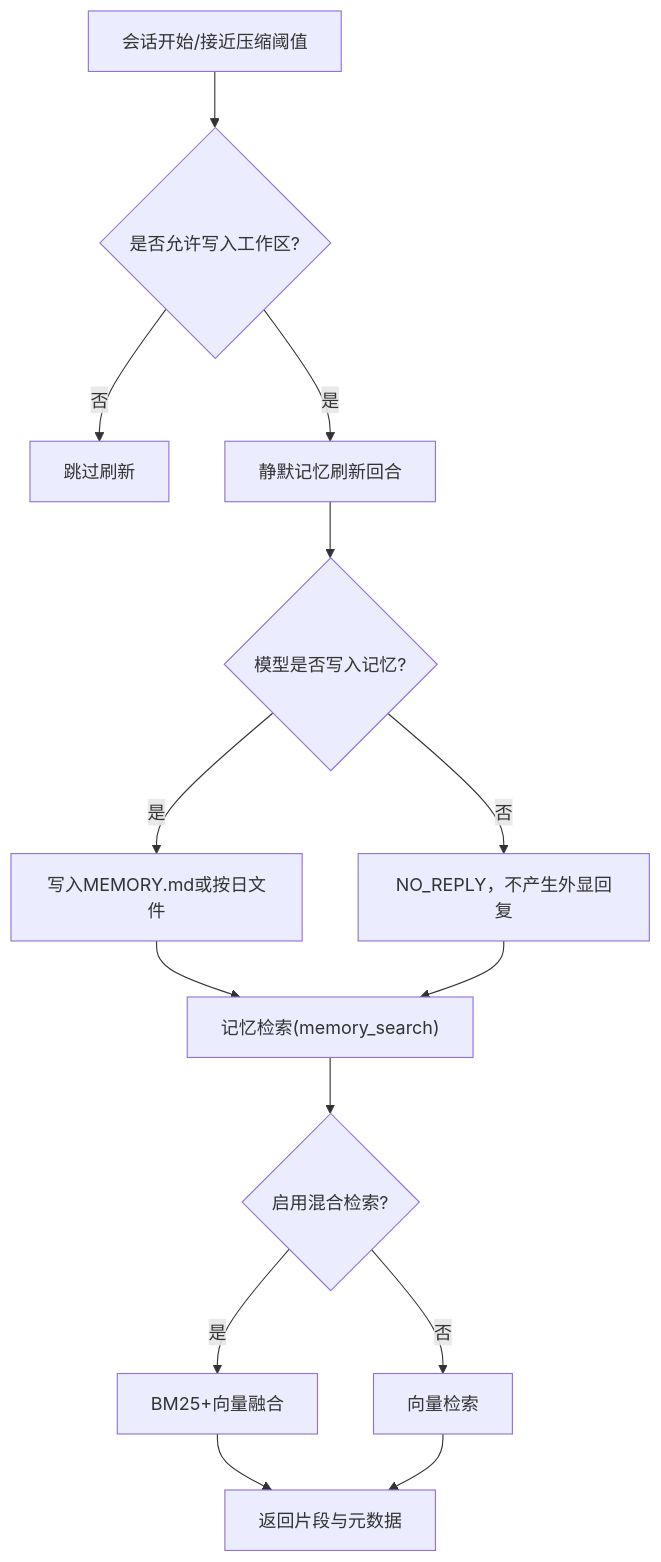
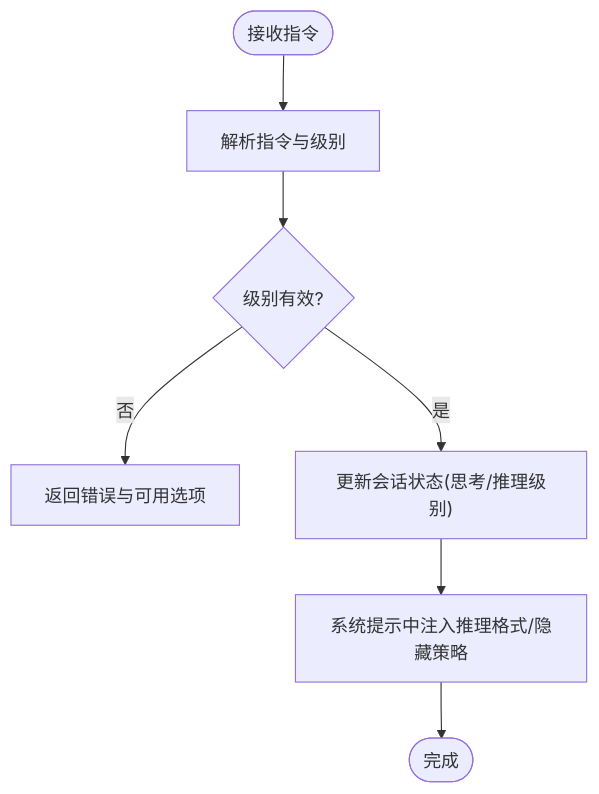
The sixth of 11 diagrams in .qoder/repowiki/zh/content/AI代理系统/AI代理系统.md (HACK-WU/openclaw), drawn with Mermaid before and after one commit. The commit also changed other lines of this file and 549 other files, not shown here.

````diff
--- a/.qoder/repowiki/zh/content/AI代理系统/AI代理系统.md
+++ b/.qoder/repowiki/zh/content/AI代理系统/AI代理系统.md
@@ -218,16 +262,9 @@
 ```mermaid
 flowchart TD
-MemStart["会话开始/接近压缩阈值"] --> FlushCheck{"是否允许写入工作区?"}
-FlushCheck --> |否| Skip["跳过刷新"]
-FlushCheck --> |是| SilentTurn["静默记忆刷新回合"]
-SilentTurn --> Decide{"模型是否写入记忆?"}
-Decide --> |是| Persist["写入MEMORY.md或按日文件"]
-Decide --> |否| NOReply["NO_REPLY，不产生外显回复"]
-Persist --> Search["记忆检索(memory_search)"]
-NOReply --> Search
-Search --> Hybrid{"启用混合检索?"}
-Hybrid --> |是| BM25Vec["BM25+向量融合"]
-Hybrid --> |否| Vec["向量检索"]
-BM25Vec --> Return["返回片段与元数据"]
-Vec --> Return
+Start(["接收指令"]) --> Parse["解析指令与级别"]
+Parse --> Valid{"级别有效?"}
+Valid --> |否| Help["返回错误与可用选项"]
+Valid --> |是| Apply["更新会话状态(思考/推理级别)"]
+Apply --> Prompt["系统提示中注入推理格式/隐藏策略"]
+Prompt --> End(["完成"])
 ```
````
